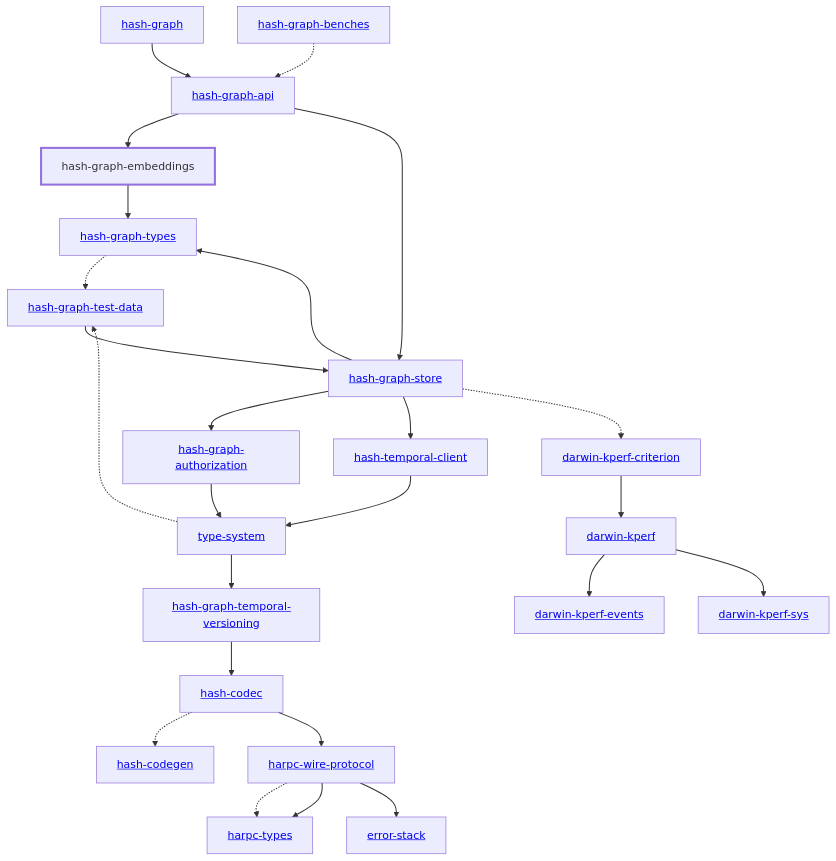
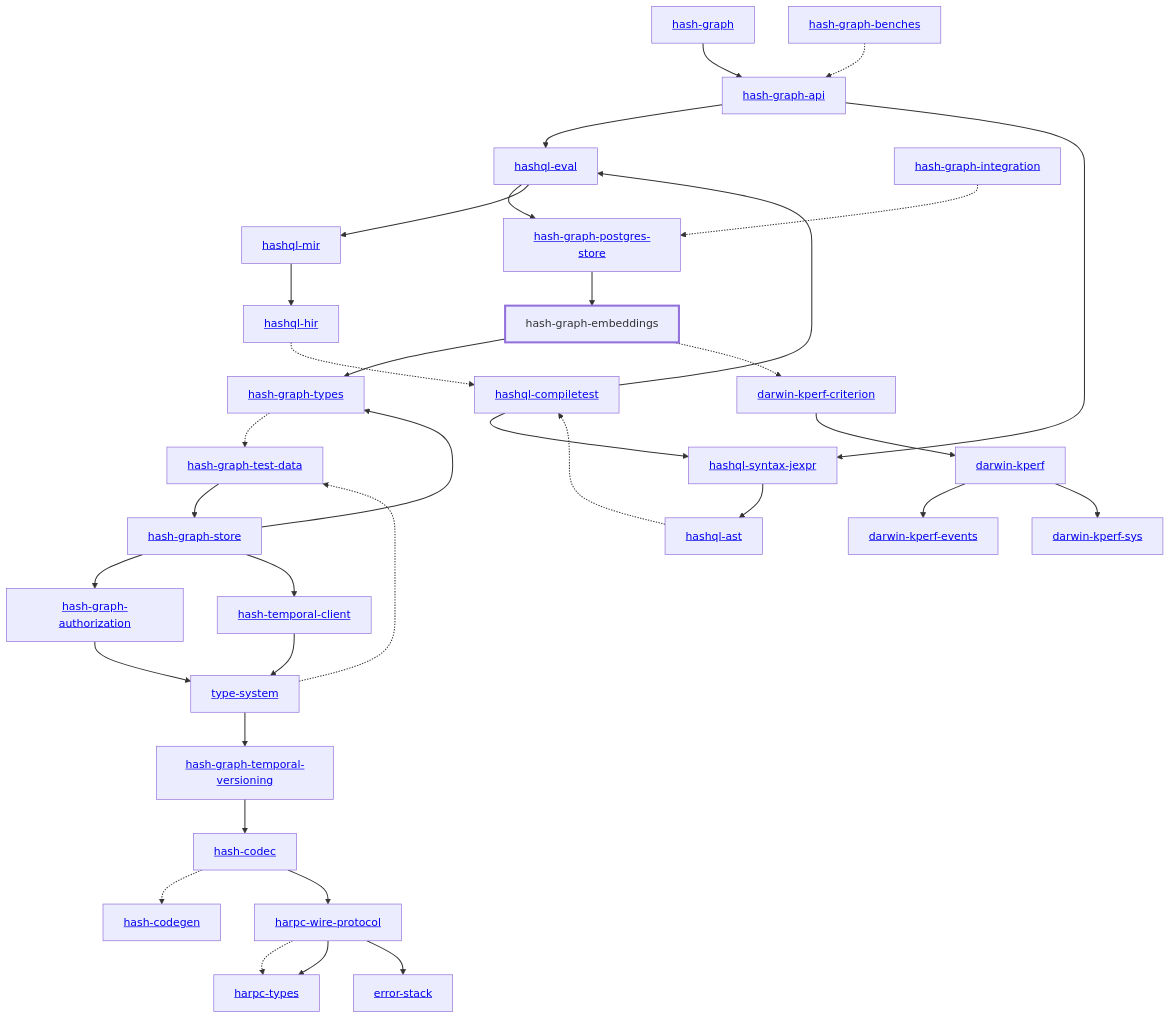
The diagram in libs/@local/graph/embeddings/docs/dependency-diagram.mmd (hashintel/hash), drawn with Mermaid before and after one commit. The commit also changed 26 other files, not shown here.

```diff
--- a/libs/@local/graph/embeddings/docs/dependency-diagram.mmd
+++ b/libs/@local/graph/embeddings/docs/dependency-diagram.mmd
@@ -1,55 +1,73 @@
 graph TD
     linkStyle default stroke-width:1.5px
     classDef default stroke-width:1px
     classDef root stroke-width:3px
     classDef dev stroke-width:1px
     classDef build stroke-width:1px
     %% Legend
     %% --> : Normal dependency
     %% -.-> : Dev dependency
     %% ---> : Build dependency
     0[<a href="../hash_graph/index.html">hash-graph</a>]
     1[<a href="../type_system/index.html">type-system</a>]
     2[<a href="../hash_codec/index.html">hash-codec</a>]
     3[<a href="../hash_codegen/index.html">hash-codegen</a>]
     4[<a href="../hash_graph_api/index.html">hash-graph-api</a>]
     5[<a href="../hash_graph_authorization/index.html">hash-graph-authorization</a>]
     6[hash-graph-embeddings]
     class 6 root
-    7[<a href="../hash_graph_store/index.html">hash-graph-store</a>]
-    8[<a href="../hash_graph_temporal_versioning/index.html">hash-graph-temporal-versioning</a>]
-    9[<a href="../hash_graph_types/index.html">hash-graph-types</a>]
-    10[<a href="../harpc_types/index.html">harpc-types</a>]
-    11[<a href="../harpc_wire_protocol/index.html">harpc-wire-protocol</a>]
-    12[<a href="../hash_temporal_client/index.html">hash-temporal-client</a>]
-    13[<a href="../darwin_kperf/index.html">darwin-kperf</a>]
-    14[<a href="../darwin_kperf_criterion/index.html">darwin-kperf-criterion</a>]
-    15[<a href="../darwin_kperf_events/index.html">darwin-kperf-events</a>]
-    16[<a href="../darwin_kperf_sys/index.html">darwin-kperf-sys</a>]
-    17[<a href="../error_stack/index.html">error-stack</a>]
-    18[<a href="../hash_graph_benches/index.html">hash-graph-benches</a>]
-    19[<a href="../hash_graph_test_data/index.html">hash-graph-test-data</a>]
+    7[<a href="../hash_graph_postgres_store/index.html">hash-graph-postgres-store</a>]
+    8[<a href="../hash_graph_store/index.html">hash-graph-store</a>]
+    9[<a href="../hash_graph_temporal_versioning/index.html">hash-graph-temporal-versioning</a>]
+    10[<a href="../hash_graph_types/index.html">hash-graph-types</a>]
+    11[<a href="../harpc_types/index.html">harpc-types</a>]
+    12[<a href="../harpc_wire_protocol/index.html">harpc-wire-protocol</a>]
+    13[<a href="../hashql_ast/index.html">hashql-ast</a>]
+    14[<a href="../hashql_compiletest/index.html">hashql-compiletest</a>]
+    15[<a href="../hashql_eval/index.html">hashql-eval</a>]
+    16[<a href="../hashql_hir/index.html">hashql-hir</a>]
+    17[<a href="../hashql_mir/index.html">hashql-mir</a>]
+    18[<a href="../hashql_syntax_jexpr/index.html">hashql-syntax-jexpr</a>]
+    19[<a href="../hash_temporal_client/index.html">hash-temporal-client</a>]
+    20[<a href="../darwin_kperf/index.html">darwin-kperf</a>]
+    21[<a href="../darwin_kperf_criterion/index.html">darwin-kperf-criterion</a>]
+    22[<a href="../darwin_kperf_events/index.html">darwin-kperf-events</a>]
+    23[<a href="../darwin_kperf_sys/index.html">darwin-kperf-sys</a>]
+    24[<a href="../error_stack/index.html">error-stack</a>]
+    25[<a href="../hash_graph_benches/index.html">hash-graph-benches</a>]
+    26[<a href="../hash_graph_integration/index.html">hash-graph-integration</a>]
+    27[<a href="../hash_graph_test_data/index.html">hash-graph-test-data</a>]
     0 --> 4
-    1 --> 8
-    1 -.-> 19
+    1 --> 9
+    1 -.-> 27
     2 -.-> 3
-    2 --> 11
-    4 --> 6
-    4 --> 7
+    2 --> 12
+    4 --> 15
+    4 --> 18
     5 --> 1
-    6 --> 9
-    7 --> 5
-    7 --> 9
-    7 --> 12
-    7 -.-> 14
-    8 --> 2
-    9 -.-> 19
-    11 -.-> 10
-    11 --> 10
-    11 --> 17
-    12 --> 1
-    13 --> 15
-    13 --> 16
-    14 --> 13
-    18 -.-> 4
-    19 --> 7
+    6 --> 10
+    6 -.-> 21
+    7 --> 6
+    8 --> 5
+    8 --> 10
+    8 --> 19
+    9 --> 2
+    10 -.-> 27
+    12 -.-> 11
+    12 --> 11
+    12 --> 24
+    13 -.-> 14
+    14 --> 15
+    14 --> 18
+    15 --> 7
+    15 --> 17
+    16 -.-> 14
+    17 --> 16
+    18 --> 13
+    19 --> 1
+    20 --> 22
+    20 --> 23
+    21 --> 20
+    25 -.-> 4
+    26 -.-> 7
+    27 --> 8
```
